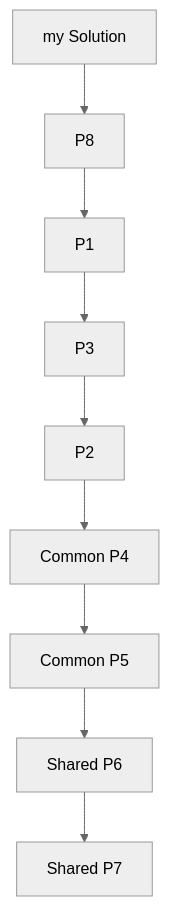
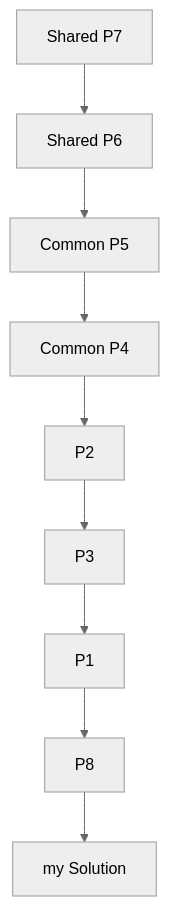
One commit to Shaikh-Imran/DeeplyDepBuilder changed the fifth of 6 diagrams in README.md. Above: the diagram before and after it, drawn with Mermaid (neutral theme). The commit also changed other lines of this file and 1 other file, not shown here.

Commit message:
updated readme and mermaid flowchart flow

````diff
--- a/README.md
+++ b/README.md
@@ -175,12 +167,12 @@
 ```mermaid
 flowchart TD
 
-MS["my Solution"] --> P8["P8"]
-P8 --> P1["P1"]
-P1 --> P3["P3"]
-P3 --> P2["P2"]
-P2 --> P4["Common P4"]
-P4 --> P5["Common P5"]
-P5 --> P6["Shared P6"]
-P6 --> P7["Shared P7"]
+P7["Shared P7"] --> P6["Shared P6"]
+P6 --> P5["Common P5"]
+P5 --> P4["Common P4"]
+P4 --> P2["P2"]
+P2 --> P3["P3"]
+P3 --> P1["P1"]
+P1 --> P8["P8"]
+P8 --> MS["my Solution"]
 ```
````
